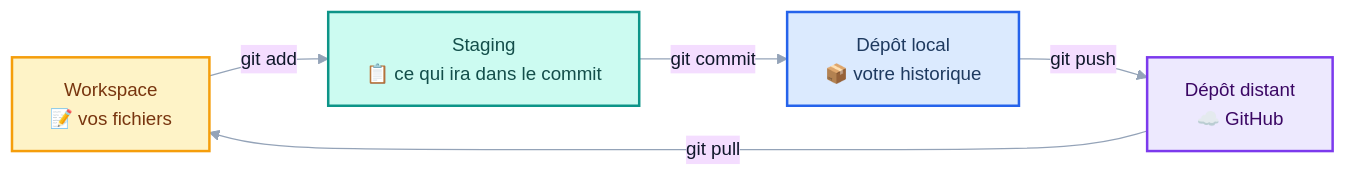
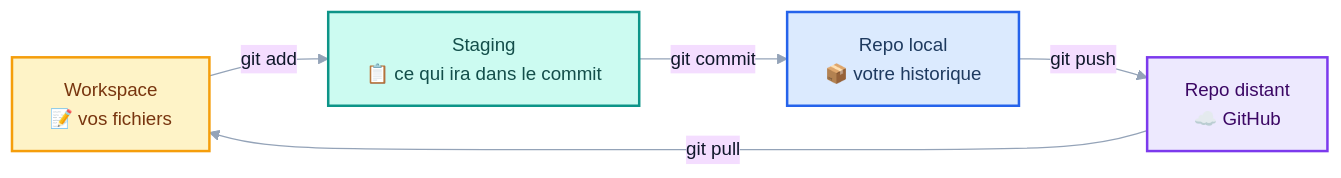
Before and after one commit to Aybe753/ismin-web-2026-tps: the fourth of 5 diagrams in slides/s01-git-typescript.md, drawn with Mermaid. The commit also changed other lines of this file and 1 other file, not shown here.

````diff
--- a/slides/s01-git-typescript.md
+++ b/slides/s01-git-typescript.md
@@ -434,22 +434,22 @@
 ```mermaid {scale: 0.85}
 %%{init: {'theme':'base','themeVariables':{'fontFamily':'Roboto, ui-sans-serif, sans-serif','fontSize':'15px','lineColor':'#94a3b8','primaryTextColor':'#0f172a'}}}%%
 flowchart LR
   WS["Workspace<br/>📝 vos fichiers"]
   ST["Staging<br/>📋 ce qui ira dans le commit"]
-  LR["Dépôt local<br/>📦 votre historique"]
-  RR["Dépôt distant<br/>☁️ GitHub"]
+  LR["Repo local<br/>📦 votre historique"]
+  RR["Repo distant<br/>☁️ GitHub"]
 
   WS -->|git add| ST
   ST -->|git commit| LR
   LR -->|git push| RR
   RR -->|git pull| WS
 
   classDef ws fill:#fef3c7,stroke:#f59e0b,stroke-width:2px,color:#78350f
   classDef st fill:#ccfbf1,stroke:#0d9488,stroke-width:2px,color:#134e4a
   classDef lo fill:#dbeafe,stroke:#2563eb,stroke-width:2px,color:#1e3a5f
   classDef re fill:#ede9fe,stroke:#7c3aed,stroke-width:2px,color:#3b0764
   class WS ws
   class ST st
   class LR lo
   class RR re
 ```
````
